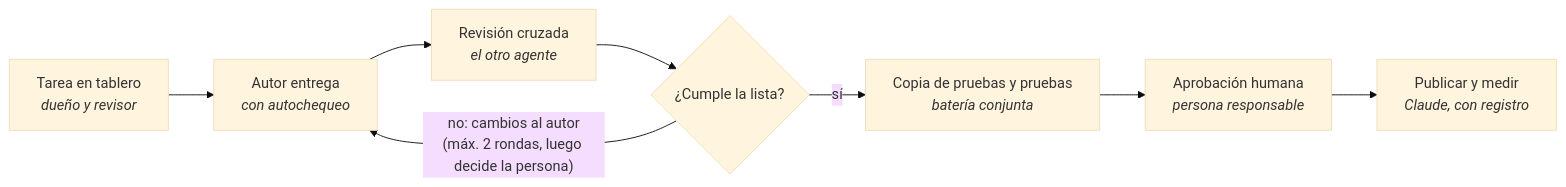
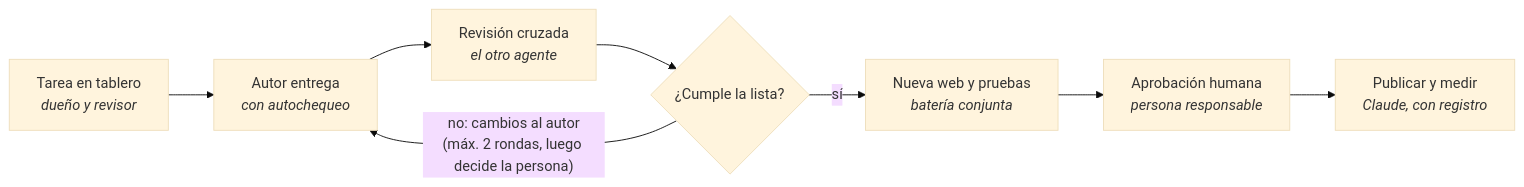
One commit to multiserviagua-pixel/WordpressEdit changed the diagram in docs/plan-orquestacion.md. Above: the diagram before and after it, drawn with Mermaid (base theme). The commit also changed other lines of this file and 4 other files, not shown here.

First line of the commit message:
Plan y documentación: la nueva web vive en https://nueva.humannaia.com

````diff
--- a/docs/plan-orquestacion.md
+++ b/docs/plan-orquestacion.md
@@ -69,10 +69,10 @@
 ```mermaid
 flowchart LR
     T[Tarea en tablero<br/><i>dueño y revisor</i>] --> A[Autor entrega<br/><i>con autochequeo</i>]
     A --> R[Revisión cruzada<br/><i>el otro agente</i>]
     R --> D{¿Cumple la lista?}
     D -- "no: cambios al autor<br/>(máx. 2 rondas, luego decide la persona)" --> A
-    D -- sí --> S[Copia de pruebas y pruebas<br/><i>batería conjunta</i>]
+    D -- sí --> S[Nueva web y pruebas<br/><i>batería conjunta</i>]
     S --> H[Aprobación humana<br/><i>persona responsable</i>]
     H --> P[Publicar y medir<br/><i>Claude, con registro</i>]
 ```
````
